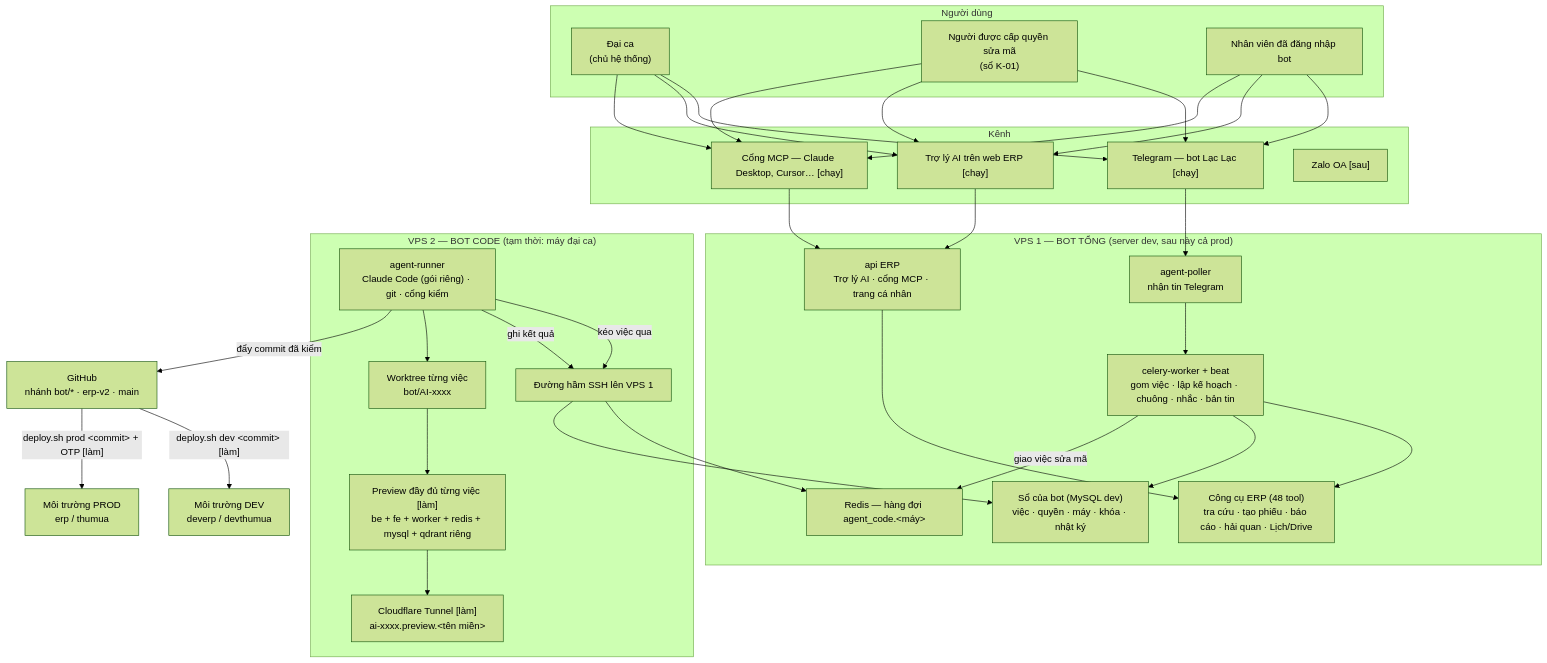
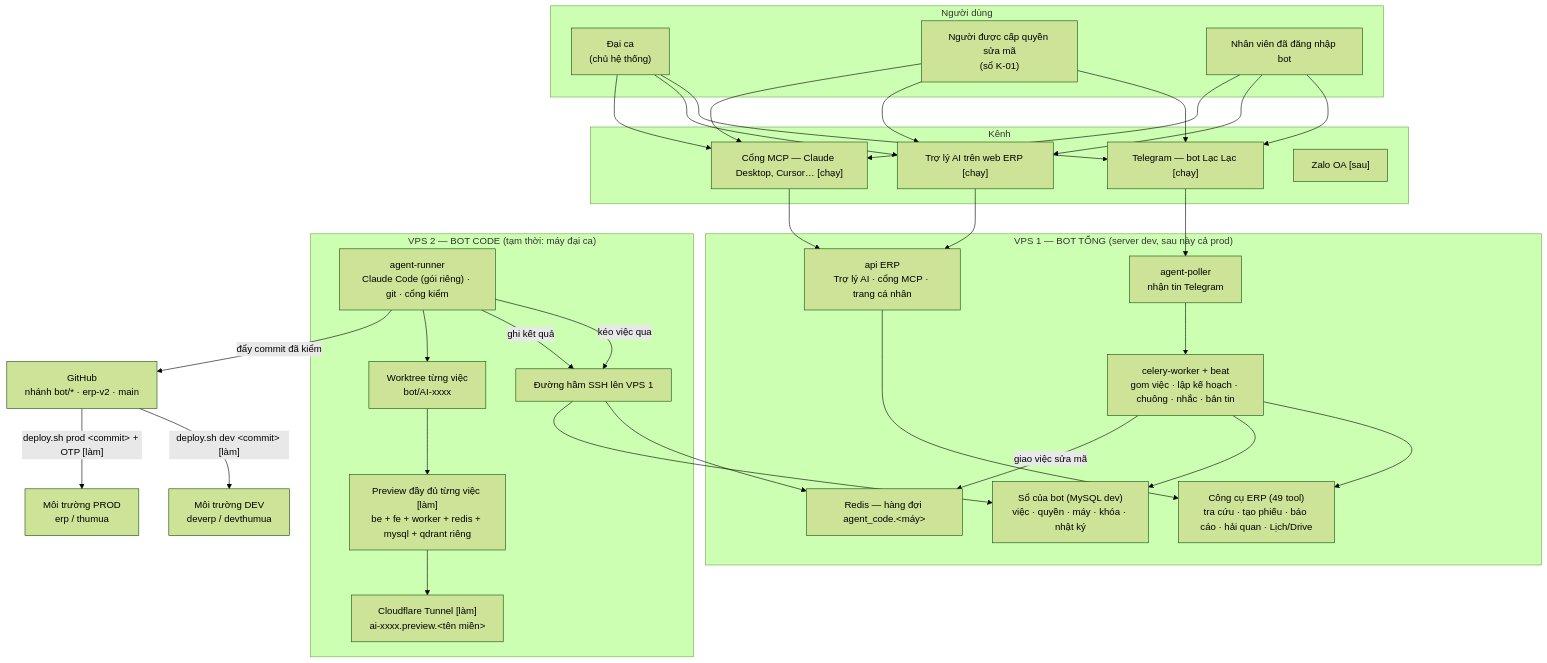
The first of 3 diagrams in doc/agent-hub/07-quy-trinh-va-so-do.md (giabaohb99/procurement-tool), drawn with Mermaid (forest theme) before and after one commit. The commit also changed other lines of this file and 8 other files, not shown here.

````diff
--- a/doc/agent-hub/07-quy-trinh-va-so-do.md
+++ b/doc/agent-hub/07-quy-trinh-va-so-do.md
@@ -21,49 +21,49 @@
 ```mermaid
 flowchart TB
     subgraph NGUOI["Người dùng"]
         DC["Đại ca<br/>(chủ hệ thống)"]
         CQ["Người được cấp quyền sửa mã<br/>(sổ K-01)"]
         NV["Nhân viên đã đăng nhập bot"]
     end
 
     subgraph KENH["Kênh"]
         TG["Telegram — bot Lạc Lạc [chạy]"]
         WEB["Trợ lý AI trên web ERP [chạy]"]
         MCP["Cổng MCP — Claude Desktop, Cursor… [chạy]"]
         ZL["Zalo OA [sau]"]
     end
 
     subgraph VPS1["VPS 1 — BOT TỔNG (server dev, sau này cả prod)"]
         POL["agent-poller<br/>nhận tin Telegram"]
         API["api ERP<br/>Trợ lý AI · cổng MCP · trang cá nhân"]
         WK["celery-worker + beat<br/>gom việc · lập kế hoạch · chuông · nhắc · bản tin"]
         SO["Sổ của bot (MySQL dev)<br/>việc · quyền · máy · khóa · nhật ký"]
         RD["Redis — hàng đợi agent_code.&lt;máy&gt;"]
-        TOOLS["Công cụ ERP (48 tool)<br/>tra cứu · tạo phiếu · báo cáo · hải quan · Lịch/Drive"]
+        TOOLS["Công cụ ERP (49 tool)<br/>tra cứu · tạo phiếu · báo cáo · hải quan · Lịch/Drive"]
     end
 
     subgraph VPS2["VPS 2 — BOT CODE (tạm thời: máy đại ca)"]
         TUN["Đường hầm SSH lên VPS 1"]
         RUN["agent-runner<br/>Claude Code (gói riêng) · git · cổng kiểm"]
         WT["Worktree từng việc<br/>bot/AI-xxxx"]
         PRE["Preview đầy đủ từng việc [làm]<br/>be + fe + worker + redis + mysql + qdrant riêng"]
         CF["Cloudflare Tunnel [làm]<br/>ai-xxxx.preview.&lt;tên miền&gt;"]
     end
 
     GH["GitHub<br/>nhánh bot/* · erp-v2 · main"]
     DEV["Môi trường DEV<br/>deverp / devthumua"]
     PROD["Môi trường PROD<br/>erp / thumua"]
 
     DC & CQ & NV --> TG & WEB & MCP
     TG --> POL --> WK
     WEB & MCP --> API --> TOOLS
     WK --> TOOLS
     WK --> SO
     WK -- "giao việc sửa mã" --> RD
     RUN -- "kéo việc qua" --> TUN --> RD
     RUN -- "ghi kết quả" --> TUN --> SO
     RUN --> WT --> PRE --> CF
     RUN -- "đẩy commit đã kiểm" --> GH
     GH -- "deploy.sh dev &lt;commit&gt; [làm]" --> DEV
     GH -- "deploy.sh prod &lt;commit&gt; + OTP [làm]" --> PROD
 ```
````
